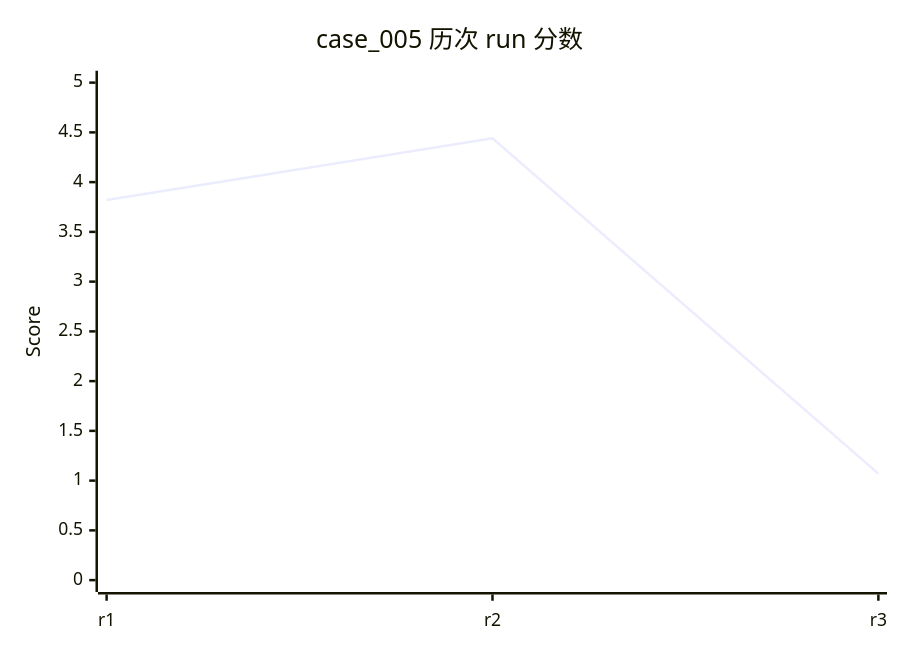
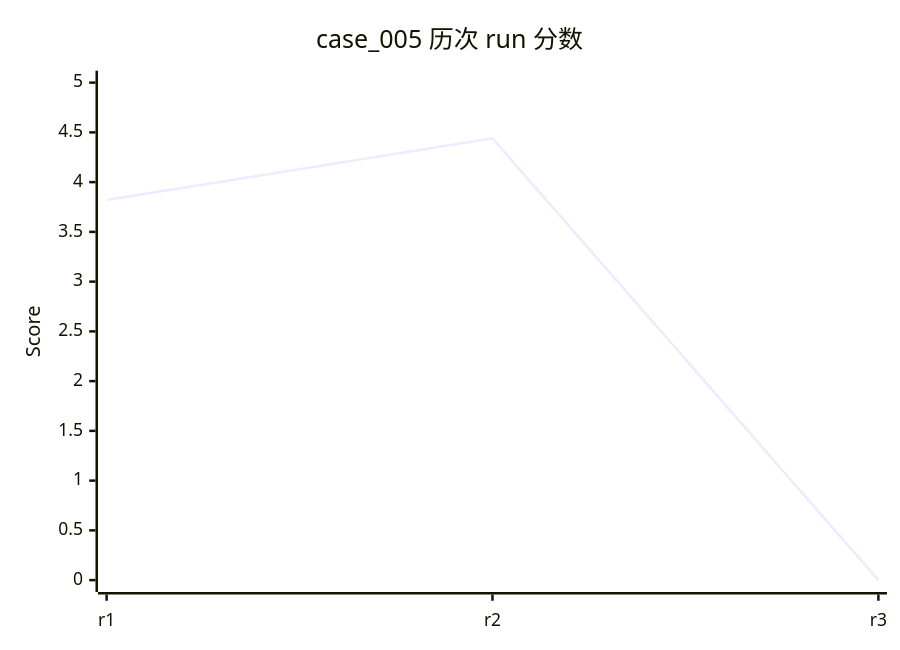
One commit to rushengzhou/sid-code changed diagram 37 of 58 in evals/DASHBOARD.md. Above: the diagram before and after it, drawn with Mermaid. The commit also changed other lines of this file and 49 other files, not shown here.

````diff
--- a/evals/DASHBOARD.md
+++ b/evals/DASHBOARD.md
@@ -774,7 +780,7 @@
 ```mermaid
 xychart-beta
     title "case_005 历次 run 分数"
     x-axis [r1, r2, r3]
     y-axis "Score" 0 --> 5
-    line [3.82, 4.44, 1.07]
+    line [3.82, 4.44, 0]
 ```
````
